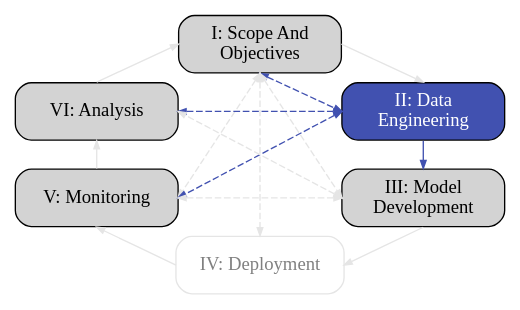
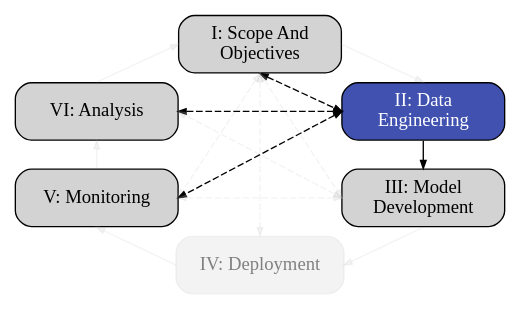
One commit to aria-ml/dataeval changed the third of 7 diagrams in docs/ml_lifecycle.rst. Above: the diagram before and after it, drawn with Graphviz. The commit also changed other lines of this file and 2 other files, not shown here.

```diff
--- a/docs/ml_lifecycle.rst
+++ b/docs/ml_lifecycle.rst
@@ -105,30 +105,30 @@
 .. graphviz::
    
    digraph flowchart {
       node [shape=box,width=1.7,height=0.6]
       edge [arrowsize=0.6]
       layout="neato"
 
       1 [label="I: Scope And\nObjectives",style="rounded,filled",pos="1.7,2.5!",xref=":ref:`scope-objectives`"]
       2 [label="II: Data\nEngineering",style="rounded,filled",pos="3.4,1.8!",fillcolor="#4151B0",fontcolor="white"]
       3 [label="III: Model\nDevelopment",style="rounded,filled",pos="3.4,0.9!",xref=":ref:`model-development`"]
-      4 [label="IV: Deployment",style="rounded,filled",pos="1.7,0.2!",xref=":ref:`deployment`",fontcolor="gray",color="gray90",fillcolor="white"]
+      4 [label="IV: Deployment",style="rounded,filled",pos="1.7,0.2!",xref=":ref:`deployment`",fontcolor="gray",color="#C0C0C030",fillcolor="#C0C0C030"]
       5 [label="V: Monitoring",style="rounded,filled",pos="0.0,0.9!",xref=":ref:`monitoring`"]
       6 [label="VI: Analysis",style="rounded,filled",pos="0.0,1.8!",xref=":ref:`analysis`"]
       
-      1:e->2:n [color="gray90"]
-      2:s->3:n [color="#4151B0"]
-      3:s->4:e [color="gray90"]
-      4:w->5:s [color="gray90"]
-      5:n->6:s [color="gray90"]
-      6:n->1:w [color="gray90"]
+      1:e->2:n [color="#C0C0C030",fillcolor="#C0C0C030"]
+      2:s->3:n
+      3:s->4:e [color="#C0C0C030",fillcolor="#C0C0C030"]
+      4:w->5:s [color="#C0C0C030",fillcolor="#C0C0C030"]
+      5:n->6:s [color="#C0C0C030",fillcolor="#C0C0C030"]
+      6:n->1:w [color="#C0C0C030",fillcolor="#C0C0C030"]
 
-      1:s->3:w [dir=both,style=dashed,color="gray90"]
-      1:s->4:n [dir=both,style=dashed,color="gray90"]
-      1:s->5:e [dir=both,style=dashed,color="gray90"]
-      1:s->2:w [dir=both,style=dashed,color="#4151B0"]
-      2:w->5:e [dir=both,style=dashed,color="#4151B0"]
-      2:w->6:e [dir=both,style=dashed,color="#4151B0"]
-      3:w->5:e [dir=both,style=dashed,color="gray90"]
-      3:w->6:e [dir=both,style=dashed,color="gray90"]
+      1:s->3:w [dir=both,style=dashed,color="#C0C0C030",fillcolor="#C0C0C030"]
+      1:s->4:n [dir=both,style=dashed,color="#C0C0C030",fillcolor="#C0C0C030"]
+      1:s->5:e [dir=both,style=dashed,color="#C0C0C030",fillcolor="#C0C0C030"]
+      1:s->2:w [dir=both,style=dashed]
+      2:w->5:e [dir=both,style=dashed]
+      2:w->6:e [dir=both,style=dashed]
+      3:w->5:e [dir=both,style=dashed,color="#C0C0C030",fillcolor="#C0C0C030"]
+      3:w->6:e [dir=both,style=dashed,color="#C0C0C030",fillcolor="#C0C0C030"]
    }
```
